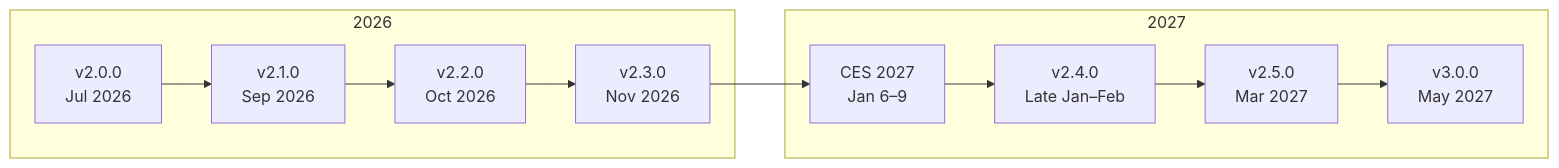
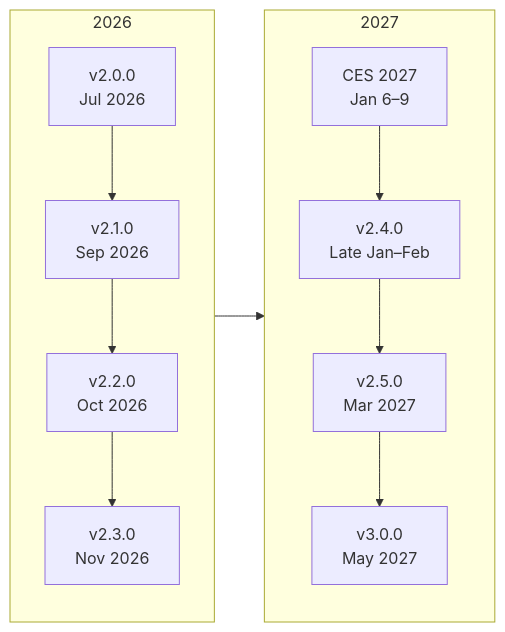
The diagram in docs/roadmap.md (autowarefoundation/openadkit), drawn with Mermaid before and after one commit. The commit also changed other lines of this file and 23 other files, not shown here.

````diff
--- a/docs/roadmap.md
+++ b/docs/roadmap.md
@@ -5,16 +5,12 @@
 ```mermaid
 flowchart LR
-    subgraph "2026"
-        v20["v2.0.0<br/>Jul 2026"]
-        v21["v2.1.0<br/>Sep 2026"]
-        v22["v2.2.0<br/>Oct 2026"]
-        v23["v2.3.0<br/>Nov 2026"]
+    subgraph Y2026["2026"]
+        direction TB
+        v20["v2.0.0<br/>Jul 2026"] --> v21["v2.1.0<br/>Sep 2026"] --> v22["v2.2.0<br/>Oct 2026"] --> v23["v2.3.0<br/>Nov 2026"]
     end
-    subgraph "2027"
-        ces["CES 2027<br/>Jan 6–9"]
-        v24["v2.4.0<br/>Late Jan–Feb"]
-        v25["v2.5.0<br/>Mar 2027"]
-        v30["v3.0.0<br/>May 2027"]
+    subgraph Y2027["2027"]
+        direction TB
+        ces["CES 2027<br/>Jan 6–9"] --> v24["v2.4.0<br/>Late Jan–Feb"] --> v25["v2.5.0<br/>Mar 2027"] --> v30["v3.0.0<br/>May 2027"]
     end
-    v20 --> v21 --> v22 --> v23 --> ces --> v24 --> v25 --> v30
+    v23 --> ces
 ```
````
